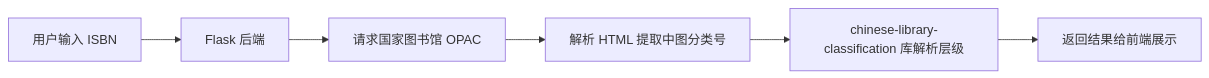
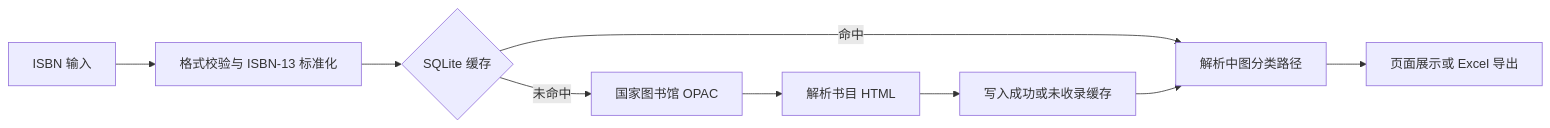
One commit to Hugo-Liz/ISBN-to-CLC-Query changed the diagram in implementation_plan.md. Above: the diagram before and after it, drawn with Mermaid. The commit also changed other lines of this file and 2 other files, not shown here.

````diff
--- a/implementation_plan.md
+++ b/implementation_plan.md
@@ -11,8 +7,11 @@
 ```mermaid
-graph LR
-    A[用户输入 ISBN] --> B[Flask 后端]
-    B --> C[请求国家图书馆 OPAC]
-    C --> D[解析 HTML 提取中图分类号]
-    D --> E[chinese-library-classification 库解析层级]
-    E --> F[返回结果给前端展示]
+flowchart LR
+    A[ISBN 输入] --> B[格式校验与 ISBN-13 标准化]
+    B --> C{SQLite 缓存}
+    C -->|命中| G[解析中图分类路径]
+    C -->|未命中| D[国家图书馆 OPAC]
+    D --> E[解析书目 HTML]
+    E --> F[写入成功或未收录缓存]
+    F --> G
+    G --> H[页面展示或 Excel 导出]
 ```
````
